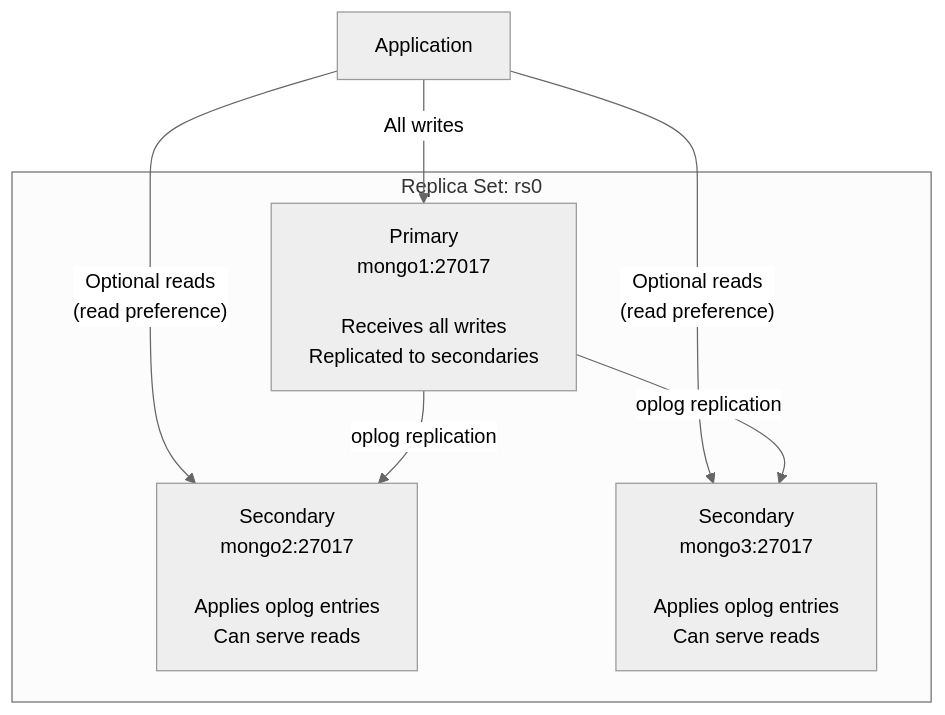
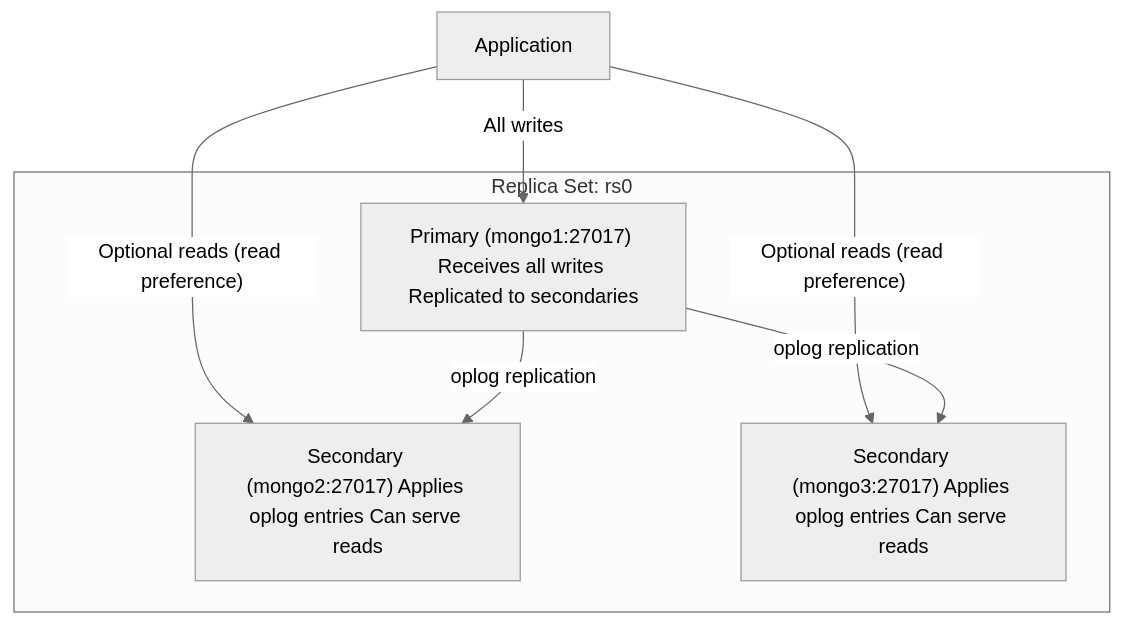
The first of 5 diagrams in materials/nosql/04-mongodb-replication/01-replica-set-architecture.md (afekash/project_shopflow-afek), drawn with Mermaid (neutral theme) before and after one commit. The commit also changed other lines of this file and 5 other files, not shown here.

````diff
--- a/materials/nosql/04-mongodb-replication/01-replica-set-architecture.md
+++ b/materials/nosql/04-mongodb-replication/01-replica-set-architecture.md
@@ -20,11 +20,11 @@
 ```mermaid
 graph TD
     App["Application"] -->|"All writes"| Primary
-    App -->|"Optional reads\n(read preference)"| Secondary1
-    App -->|"Optional reads\n(read preference)"| Secondary2
+    App -->|"Optional reads (read preference)"| Secondary1
+    App -->|"Optional reads (read preference)"| Secondary2
     
     subgraph rs [Replica Set: rs0]
-        Primary["Primary\nmongo1:27017\n\nReceives all writes\nReplicated to secondaries"] -->|"oplog replication"| Secondary1["Secondary\nmongo2:27017\n\nApplies oplog entries\nCan serve reads"]
-        Primary -->|"oplog replication"| Secondary2["Secondary\nmongo3:27017\n\nApplies oplog entries\nCan serve reads"]
+        Primary["Primary (mongo1:27017) Receives all writes Replicated to secondaries"] -->|"oplog replication"| Secondary1["Secondary (mongo2:27017) Applies oplog entries Can serve reads"]
+        Primary -->|"oplog replication"| Secondary2["Secondary (mongo3:27017) Applies oplog entries Can serve reads"]
     end
 ```
````
